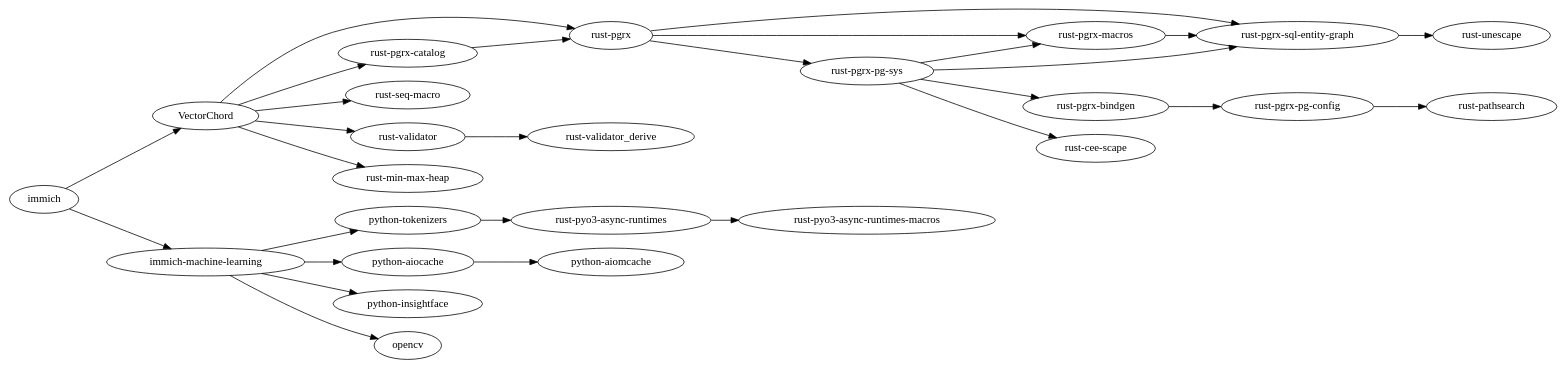
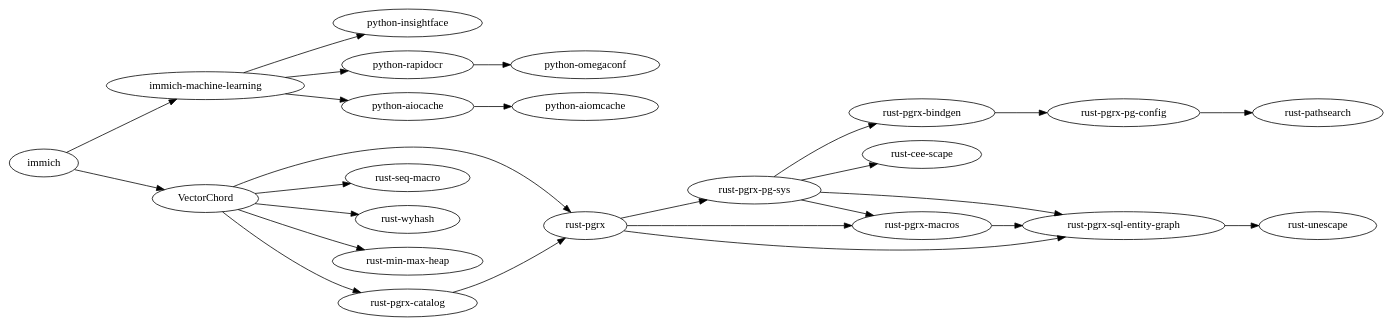
One commit to mbooth101/immich-rpm changed the diagram in package_tree.dot. Above: the diagram before and after it, drawn with Graphviz. The commit also changed 1 other file, not shown here.

Commit message:
Update the package dependency graph

```diff
--- a/package_tree.dot
+++ b/package_tree.dot
@@ -1,30 +1,27 @@
 digraph deps {
 rankdir="LR";
+"immich" -> "immich-machine-learning";
+"immich" -> "VectorChord";
+"immich-machine-learning" -> "python-aiocache";
+"immich-machine-learning" -> "python-insightface";
+"immich-machine-learning" -> "python-rapidocr";
 "VectorChord" -> "rust-min-max-heap";
+"VectorChord" -> "rust-pgrx-catalog";
 "VectorChord" -> "rust-pgrx";
-"VectorChord" -> "rust-pgrx-catalog";
 "VectorChord" -> "rust-seq-macro";
-"VectorChord" -> "rust-validator";
+"VectorChord" -> "rust-wyhash";
+"python-aiocache" -> "python-aiomcache";
+"python-rapidocr" -> "python-omegaconf";
 "rust-pgrx" -> "rust-pgrx-macros";
 "rust-pgrx" -> "rust-pgrx-pg-sys";
 "rust-pgrx" -> "rust-pgrx-sql-entity-graph";
-"rust-pgrx-catalog" -> "rust-pgrx";
-"rust-validator" -> "rust-validator_derive";
-"immich" -> "VectorChord";
-"immich" -> "immich-machine-learning";
-"immich-machine-learning" -> "python-aiocache";
-"immich-machine-learning" -> "python-insightface";
-"immich-machine-learning" -> "opencv";
-"immich-machine-learning" -> "python-tokenizers";
-"python-aiocache" -> "python-aiomcache";
-"python-tokenizers" -> "rust-pyo3-async-runtimes";
-"rust-pyo3-async-runtimes" -> "rust-pyo3-async-runtimes-macros";
 "rust-pgrx-macros" -> "rust-pgrx-sql-entity-graph";
 "rust-pgrx-pg-sys" -> "rust-cee-scape";
 "rust-pgrx-pg-sys" -> "rust-pgrx-bindgen";
 "rust-pgrx-pg-sys" -> "rust-pgrx-macros";
 "rust-pgrx-pg-sys" -> "rust-pgrx-sql-entity-graph";
 "rust-pgrx-sql-entity-graph" -> "rust-unescape";
 "rust-pgrx-bindgen" -> "rust-pgrx-pg-config";
 "rust-pgrx-pg-config" -> "rust-pathsearch";
+"rust-pgrx-catalog" -> "rust-pgrx";
 }
```
